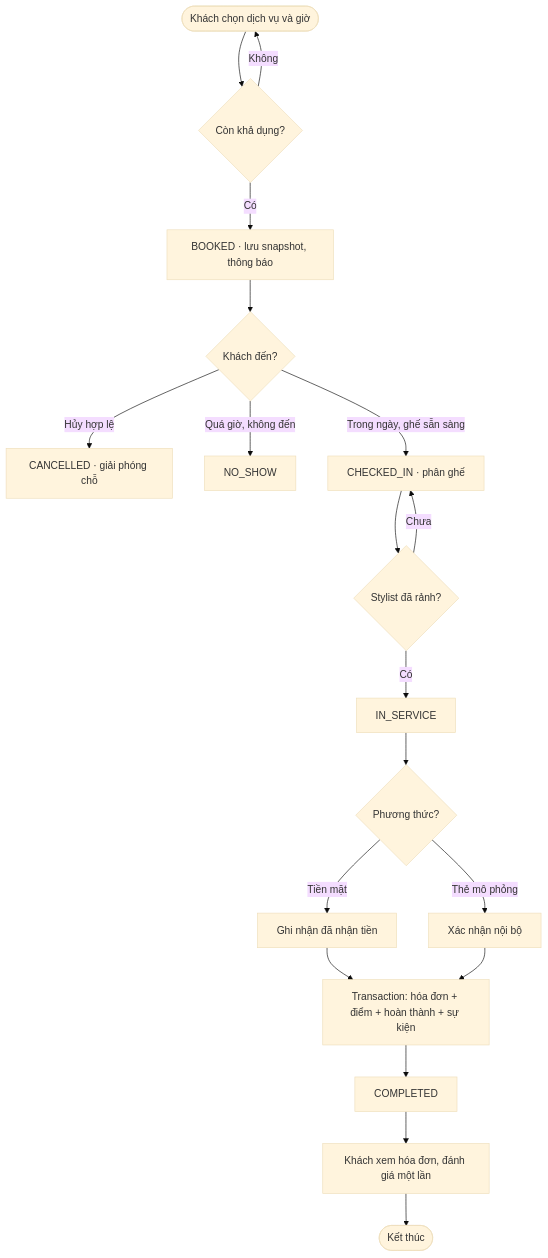
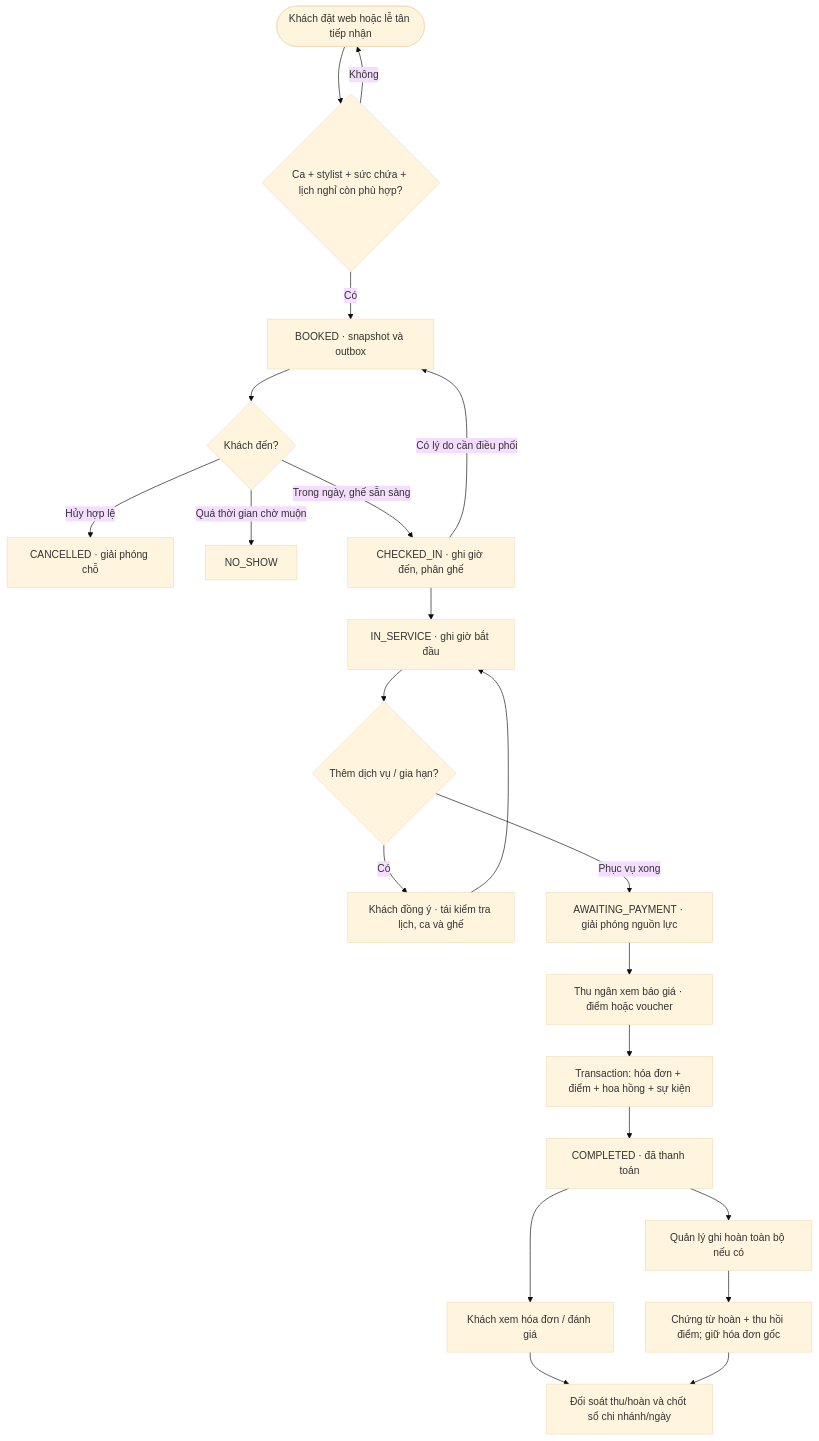
One commit to tunato2807-del/ptpmhdtuong changed the diagram in docs/diagrams/04-activity.mmd. Above: the diagram before and after it, drawn with Mermaid (base theme). The commit also changed 72 other files, not shown here.

```diff
--- a/docs/diagrams/04-activity.mmd
+++ b/docs/diagrams/04-activity.mmd
@@ -1,19 +1,22 @@
 flowchart TD
-    A(["Khách chọn dịch vụ và giờ"]) --> B{"Còn khả dụng?"}
+    A(["Khách đặt web hoặc lễ tân tiếp nhận"]) --> B{"Ca + stylist + sức chứa + lịch nghỉ còn phù hợp?"}
     B -->|Không| A
-    B -->|Có| C["BOOKED · lưu snapshot, thông báo"]
+    B -->|Có| C["BOOKED · snapshot và outbox"]
     C --> D{"Khách đến?"}
     D -->|"Hủy hợp lệ"| E["CANCELLED · giải phóng chỗ"]
-    D -->|"Quá giờ, không đến"| F["NO_SHOW"]
-    D -->|"Trong ngày, ghế sẵn sàng"| G["CHECKED_IN · phân ghế"]
-    G --> H{"Stylist đã rảnh?"}
-    H -->|Chưa| G
-    H -->|Có| I["IN_SERVICE"]
-    I --> J{"Phương thức?"}
-    J -->|Tiền mặt| K["Ghi nhận đã nhận tiền"]
-    J -->|"Thẻ mô phỏng"| L["Xác nhận nội bộ"]
-    K --> M["Transaction: hóa đơn + điểm + hoàn thành + sự kiện"]
-    L --> M
-    M --> N["COMPLETED"]
-    N --> O["Khách xem hóa đơn, đánh giá một lần"]
-    O --> P(["Kết thúc"])
+    D -->|"Quá thời gian chờ muộn"| F["NO_SHOW"]
+    D -->|"Trong ngày, ghế sẵn sàng"| G["CHECKED_IN · ghi giờ đến, phân ghế"]
+    G -->|"Có lý do cần điều phối"| C
+    G --> H["IN_SERVICE · ghi giờ bắt đầu"]
+    H --> I{"Thêm dịch vụ / gia hạn?"}
+    I -->|Có| J["Khách đồng ý · tái kiểm tra lịch, ca và ghế"]
+    J --> H
+    I -->|"Phục vụ xong"| K["AWAITING_PAYMENT · giải phóng nguồn lực"]
+    K --> L["Thu ngân xem báo giá · điểm hoặc voucher"]
+    L --> M["Transaction: hóa đơn + điểm + hoa hồng + sự kiện"]
+    M --> N["COMPLETED · đã thanh toán"]
+    N --> O["Khách xem hóa đơn / đánh giá"]
+    N --> P["Quản lý ghi hoàn toàn bộ nếu có"]
+    P --> Q["Chứng từ hoàn + thu hồi điểm; giữ hóa đơn gốc"]
+    O --> R["Đối soát thu/hoàn và chốt sổ chi nhánh/ngày"]
+    Q --> R
```
